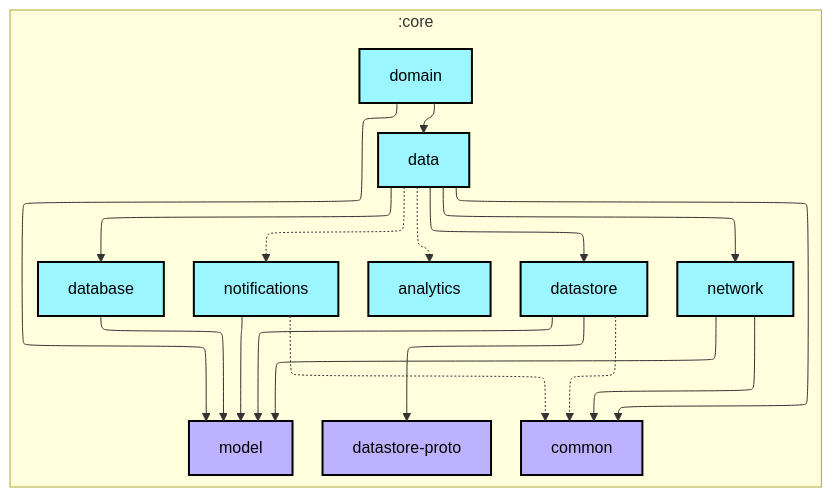
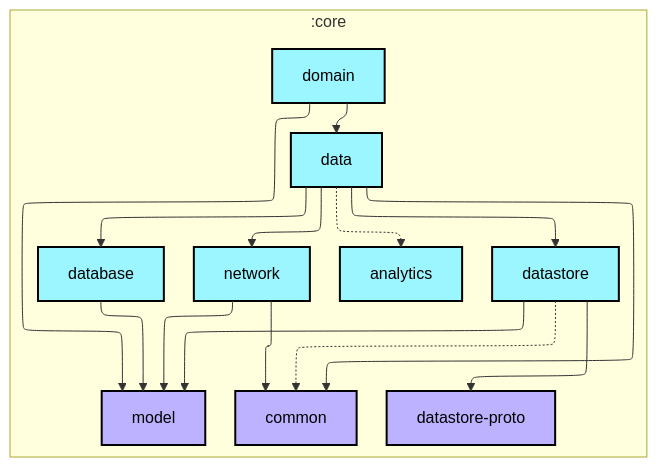
The first of 2 diagrams in core/domain/README.md (alfariesh/surau-android), drawn with Mermaid before and after one commit. The commit also changed 72 other files, not shown here.

First line of the commit message:
Format the codebase with spotless and regenerate module graphs (M1.5.1)

````diff
--- a/core/domain/README.md
+++ b/core/domain/README.md
@@ -6,46 +6,42 @@
 ```mermaid
 ---
 config:
   layout: elk
   elk:
     nodePlacementStrategy: SIMPLE
 ---
 graph TB
   subgraph :core
     direction TB
     :core:analytics[analytics]:::android-library
     :core:common[common]:::jvm-library
     :core:data[data]:::android-library
     :core:database[database]:::android-library
     :core:datastore[datastore]:::android-library
     :core:datastore-proto[datastore-proto]:::jvm-library
     :core:domain[domain]:::android-library
     :core:model[model]:::jvm-library
     :core:network[network]:::android-library
-    :core:notifications[notifications]:::android-library
   end
 
   :core:data -.-> :core:analytics
   :core:data --> :core:common
   :core:data --> :core:database
   :core:data --> :core:datastore
   :core:data --> :core:network
-  :core:data -.-> :core:notifications
   :core:database --> :core:model
   :core:datastore -.-> :core:common
   :core:datastore --> :core:datastore-proto
   :core:datastore --> :core:model
   :core:domain --> :core:data
   :core:domain --> :core:model
   :core:network --> :core:common
   :core:network --> :core:model
-  :core:notifications -.-> :core:common
-  :core:notifications --> :core:model
 
 classDef android-application fill:#CAFFBF,stroke:#000,stroke-width:2px,color:#000;
 classDef android-feature fill:#FFD6A5,stroke:#000,stroke-width:2px,color:#000;
 classDef android-library fill:#9BF6FF,stroke:#000,stroke-width:2px,color:#000;
 classDef android-test fill:#A0C4FF,stroke:#000,stroke-width:2px,color:#000;
 classDef jvm-library fill:#BDB2FF,stroke:#000,stroke-width:2px,color:#000;
 classDef unknown fill:#FFADAD,stroke:#000,stroke-width:2px,color:#000;
 ```
````
